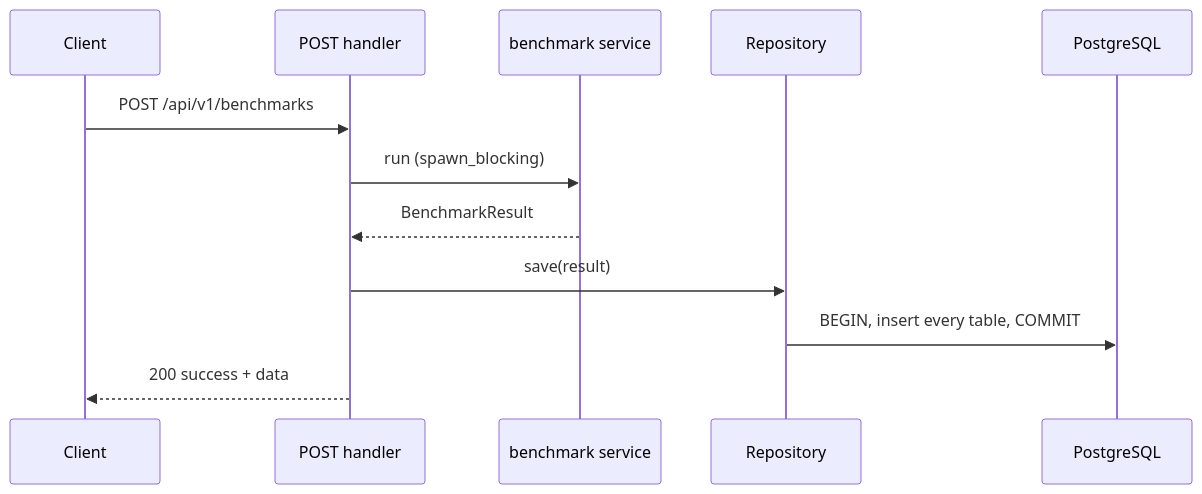
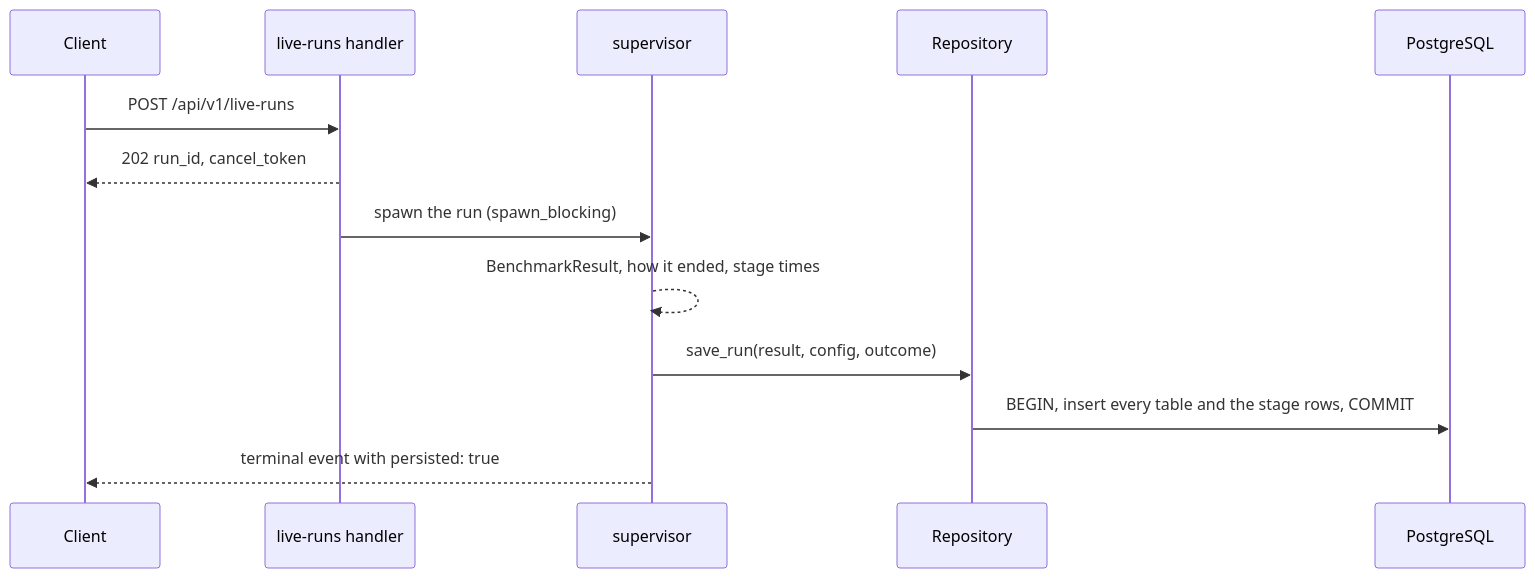
Before and after one commit to dheerajy1/benchmark-api: the second of 5 diagrams in docs/architecture.md, drawn with Mermaid. The commit also changed other lines of this file and 107 other files, not shown here.

````diff
--- a/docs/architecture.md
+++ b/docs/architecture.md
@@ -84,14 +98,15 @@
 ```mermaid
 sequenceDiagram
     participant C as Client
-    participant H as POST handler
-    participant S as benchmark service
+    participant H as live-runs handler
+    participant S as supervisor
     participant R as Repository
     participant D as PostgreSQL
-    C->>H: POST /api/v1/benchmarks
-    H->>S: run (spawn_blocking)
-    S-->>H: BenchmarkResult
-    H->>R: save(result)
-    R->>D: BEGIN, insert every table, COMMIT
-    H-->>C: 200 success + data
+    C->>H: POST /api/v1/live-runs
+    H-->>C: 202 run_id, cancel_token
+    H->>S: spawn the run (spawn_blocking)
+    S-->>S: BenchmarkResult, how it ended, stage times
+    S->>R: save_run(result, config, outcome)
+    R->>D: BEGIN, insert every table and the stage rows, COMMIT
+    S-->>C: terminal event with persisted: true
 ```
````
